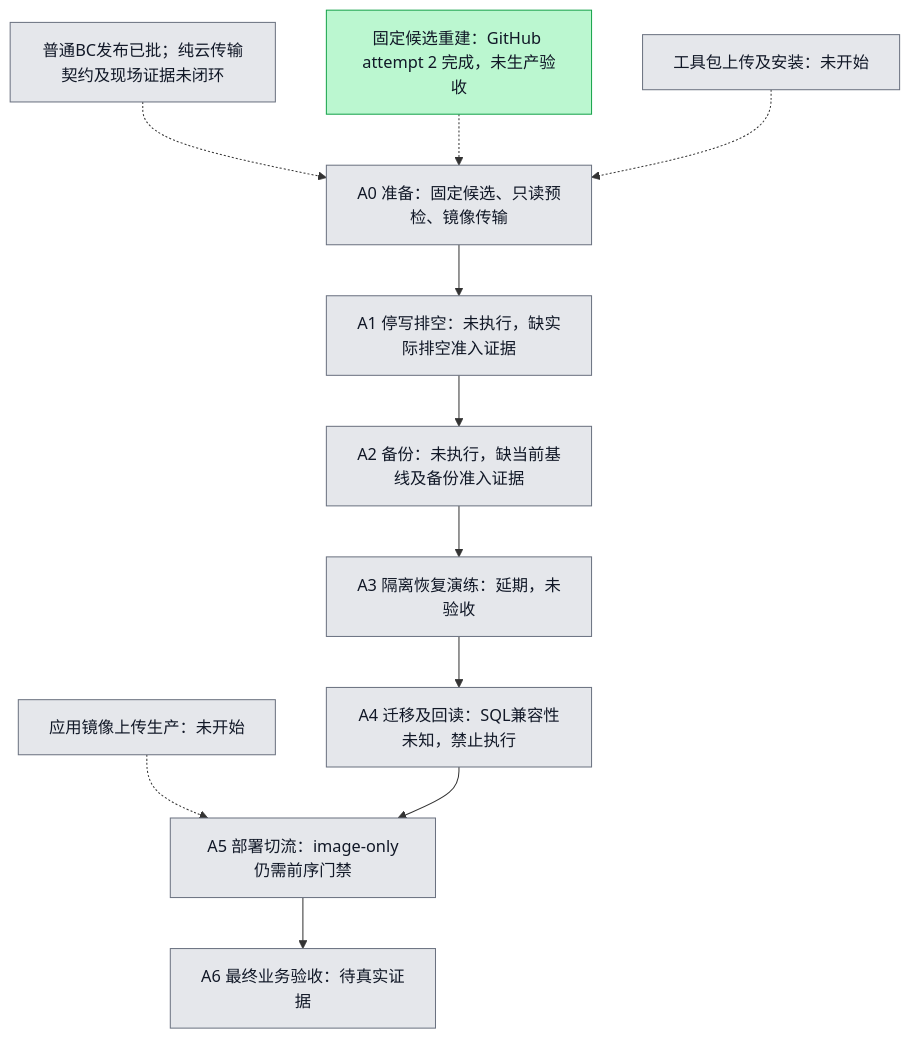
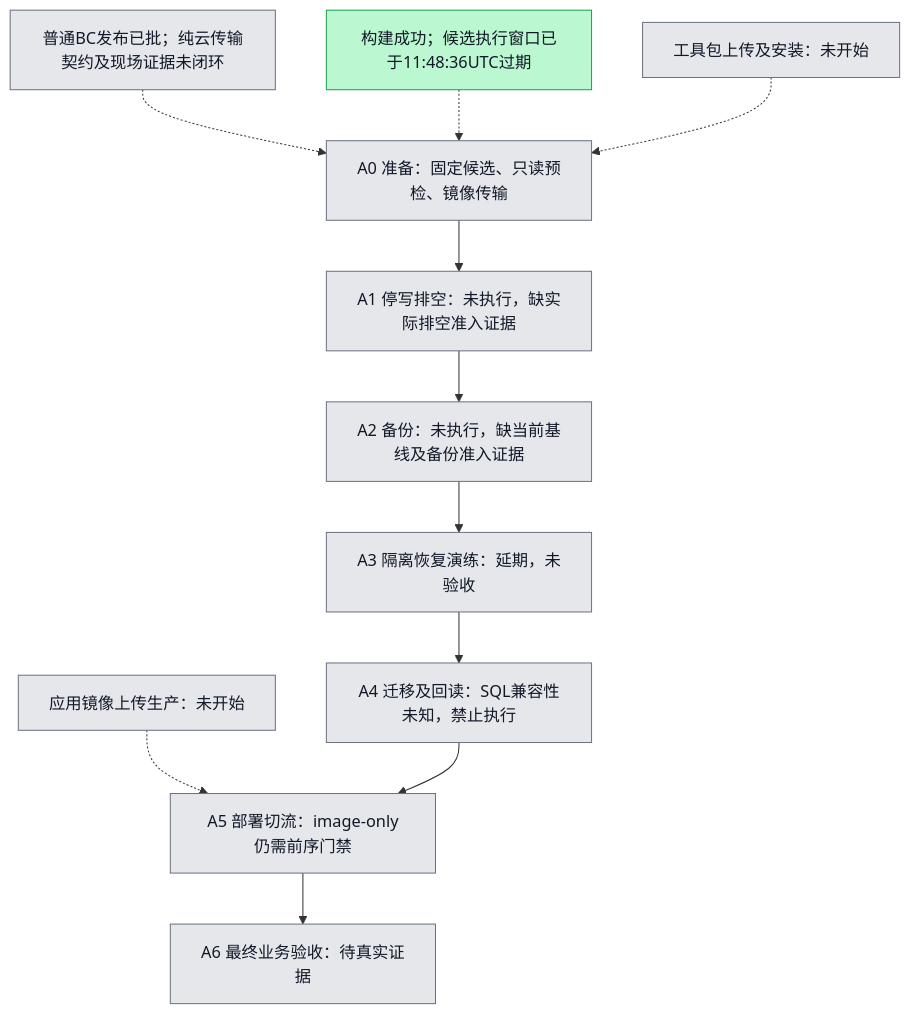
Before and after one commit to boardx/workspacex: the diagram in docs/operations/cn-release-entry/plan.md, drawn with Mermaid. The commit also changed other lines of this file, not shown here.

````diff
--- a/docs/operations/cn-release-entry/plan.md
+++ b/docs/operations/cn-release-entry/plan.md
@@ -16,35 +16,35 @@
 ```mermaid
 flowchart TD
   A0[A0 准备：固定候选、只读预检、镜像传输]
   A1[A1 停写排空：未执行，缺实际排空准入证据]
   A2[A2 备份：未执行，缺当前基线及备份准入证据]
   A3[A3 隔离恢复演练：延期，未验收]
   A4[A4 迁移及回读：SQL兼容性未知，禁止执行]
   A5[A5 部署切流：image-only仍需前序门禁]
   A6[A6 最终业务验收：待真实证据]
-  B0[固定候选重建：GitHub attempt 2 完成，未生产验收]
+  B0[构建成功；候选执行窗口已于11:48:36UTC过期]
   K0[工具包上传及安装：未开始]
   I0[应用镜像上传生产：未开始]
   C0[普通BC发布已批；纯云传输契约及现场证据未闭环]
   C0 -.-> A0
   B0 -.-> A0
   K0 -.-> A0
   I0 -.-> A5
   A0 --> A1 --> A2 --> A3 --> A4 --> A5 --> A6
   classDef todo fill:#e5e7eb,stroke:#6b7280,color:#111827
   classDef doing fill:#fde68a,stroke:#d97706,color:#111827
   classDef done fill:#bbf7d0,stroke:#16a34a,color:#111827
   classDef tested fill:#ddd6fe,stroke:#7c3aed,color:#111827
   class C0 todo
   %% C0 灰色阻塞说明：普通发布已批准；set原件下载Forbidden，HK传输仍仅接attempt1，A3/A4/A5云端闭环及现场证据未证实；未提交生产调用
   class B0 done
   class K0 todo
   class I0 todo
   class A0 todo
   class A1 todo
   class A2 todo
   class A3 todo
   class A4 todo
   class A5 todo
   class A6 todo
 ```
````
